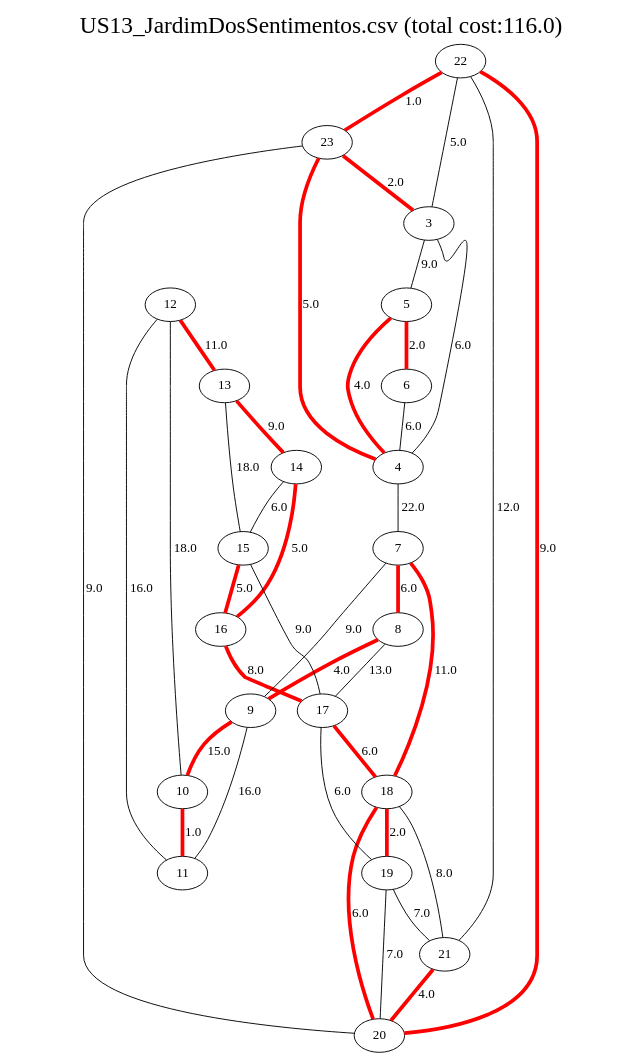
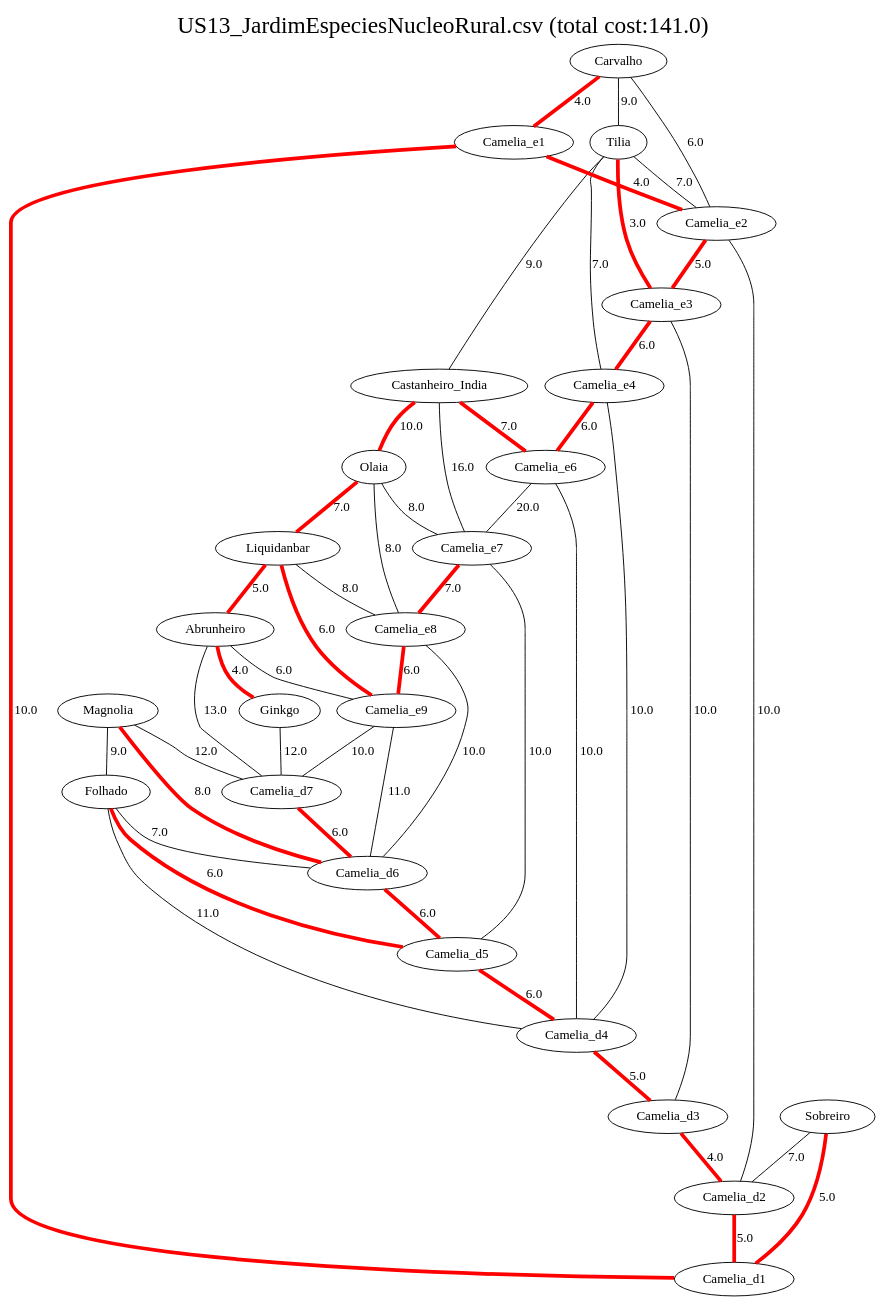
Before and after one commit to Rui-San/LAPR2_2023_2024: the diagram in MATDISC_graph_images/graph.dot, drawn with Graphviz. The commit also changed 63 other files, not shown here.

```diff
--- a/MATDISC_graph_images/graph.dot
+++ b/MATDISC_graph_images/graph.dot
@@ -1,45 +1,56 @@
 graph {
 labelloc="t";
-label="US13_JardimDosSentimentos.csv (total cost:116.0)";
+label="US13_JardimEspeciesNucleoRural.csv (total cost:141.0)";
 fontsize=25;
 fontweight=bold;
-    22 -- 23 [label="1.0", color="red", len=2, penwidth=4.0];
-    10 -- 11 [label="1.0", color="red", len=2, penwidth=4.0];
-    18 -- 19 [label="2.0", color="red", len=2, penwidth=4.0];
-    23 -- 3 [label="2.0", color="red", len=2, penwidth=4.0];
-    5 -- 6 [label="2.0", color="red", len=2, penwidth=4.0];
-    21 -- 20 [label="4.0", color="red", len=2, penwidth=4.0];
-    4 -- 5 [label="4.0", color="red", len=2, penwidth=4.0];
-    8 -- 9 [label="4.0", color="red", len=2, penwidth=4.0];
-    14 -- 16 [label="5.0", color="red", len=2, penwidth=4.0];
-    15 -- 16 [label="5.0", color="red", len=2, penwidth=4.0];
-    22 -- 3 [label="5.0", color="black", len=2, penwidth=1.0];
-    23 -- 4 [label="5.0", color="red", len=2, penwidth=4.0];
-    14 -- 15 [label="6.0", color="black", len=2, penwidth=1.0];
-    17 -- 18 [label="6.0", color="red", len=2, penwidth=4.0];
-    17 -- 19 [label="6.0", color="black", len=2, penwidth=1.0];
-    18 -- 20 [label="6.0", color="red", len=2, penwidth=4.0];
-    3 -- 4 [label="6.0", color="black", len=2, penwidth=1.0];
-    6 -- 4 [label="6.0", color="black", len=2, penwidth=1.0];
-    7 -- 8 [label="6.0", color="red", len=2, penwidth=4.0];
-    19 -- 20 [label="7.0", color="black", len=2, penwidth=1.0];
-    19 -- 21 [label="7.0", color="black", len=2, penwidth=1.0];
-    16 -- 17 [label="8.0", color="red", len=2, penwidth=4.0];
-    18 -- 21 [label="8.0", color="black", len=2, penwidth=1.0];
-    13 -- 14 [label="9.0", color="red", len=2, penwidth=4.0];
-    15 -- 17 [label="9.0", color="black", len=2, penwidth=1.0];
-    20 -- 22 [label="9.0", color="red", len=2, penwidth=4.0];
-    20 -- 23 [label="9.0", color="black", len=2, penwidth=1.0];
-    3 -- 5 [label="9.0", color="black", len=2, penwidth=1.0];
-    7 -- 9 [label="9.0", color="black", len=2, penwidth=1.0];
-    12 -- 13 [label="11.0", color="red", len=2, penwidth=4.0];
-    7 -- 18 [label="11.0", color="red", len=2, penwidth=4.0];
-    21 -- 22 [label="12.0", color="black", len=2, penwidth=1.0];
-    8 -- 17 [label="13.0", color="black", len=2, penwidth=1.0];
-    9 -- 10 [label="15.0", color="red", len=2, penwidth=4.0];
-    12 -- 11 [label="16.0", color="black", len=2, penwidth=1.0];
-    9 -- 11 [label="16.0", color="black", len=2, penwidth=1.0];
-    12 -- 10 [label="18.0", color="black", len=2, penwidth=1.0];
-    13 -- 15 [label="18.0", color="black", len=2, penwidth=1.0];
-    4 -- 7 [label="22.0", color="black", len=2, penwidth=1.0];
+    Tilia -- Camelia_e3 [label="3.0", color="red", len=2, penwidth=4.0];
+    Carvalho -- Camelia_e1 [label="4.0", color="red", len=2, penwidth=4.0];
+    Abrunheiro -- Ginkgo [label="4.0", color="red", len=2, penwidth=4.0];
+    Camelia_e1 -- Camelia_e2 [label="4.0", color="red", len=2, penwidth=4.0];
+    Camelia_d3 -- Camelia_d2 [label="4.0", color="red", len=2, penwidth=4.0];
+    Liquidanbar -- Abrunheiro [label="5.0", color="red", len=2, penwidth=4.0];
+    Sobreiro -- Camelia_d1 [label="5.0", color="red", len=2, penwidth=4.0];
+    Camelia_e2 -- Camelia_e3 [label="5.0", color="red", len=2, penwidth=4.0];
+    Camelia_d4 -- Camelia_d3 [label="5.0", color="red", len=2, penwidth=4.0];
+    Camelia_d2 -- Camelia_d1 [label="5.0", color="red", len=2, penwidth=4.0];
+    Carvalho -- Camelia_e2 [label="6.0", color="black", len=2, penwidth=1.0];
+    Liquidanbar -- Camelia_e9 [label="6.0", color="red", len=2, penwidth=4.0];
+    Abrunheiro -- Camelia_e9 [label="6.0", color="black", len=2, penwidth=1.0];
+    Folhado -- Camelia_d5 [label="6.0", color="red", len=2, penwidth=4.0];
+    Camelia_e3 -- Camelia_e4 [label="6.0", color="red", len=2, penwidth=4.0];
+    Camelia_e4 -- Camelia_e6 [label="6.0", color="red", len=2, penwidth=4.0];
+    Camelia_e8 -- Camelia_e9 [label="6.0", color="red", len=2, penwidth=4.0];
+    Camelia_d7 -- Camelia_d6 [label="6.0", color="red", len=2, penwidth=4.0];
+    Camelia_d6 -- Camelia_d5 [label="6.0", color="red", len=2, penwidth=4.0];
+    Camelia_d5 -- Camelia_d4 [label="6.0", color="red", len=2, penwidth=4.0];
+    Tilia -- Camelia_e2 [label="7.0", color="black", len=2, penwidth=1.0];
+    Tilia -- Camelia_e4 [label="7.0", color="black", len=2, penwidth=1.0];
+    Castanheiro_India -- Camelia_e6 [label="7.0", color="red", len=2, penwidth=4.0];
+    Olaia -- Liquidanbar [label="7.0", color="red", len=2, penwidth=4.0];
+    Folhado -- Camelia_d6 [label="7.0", color="black", len=2, penwidth=1.0];
+    Sobreiro -- Camelia_d2 [label="7.0", color="black", len=2, penwidth=1.0];
+    Camelia_e7 -- Camelia_e8 [label="7.0", color="red", len=2, penwidth=4.0];
+    Olaia -- Camelia_e7 [label="8.0", color="black", len=2, penwidth=1.0];
+    Olaia -- Camelia_e8 [label="8.0", color="black", len=2, penwidth=1.0];
+    Liquidanbar -- Camelia_e8 [label="8.0", color="black", len=2, penwidth=1.0];
+    Magnolia -- Camelia_d6 [label="8.0", color="red", len=2, penwidth=4.0];
+    Carvalho -- Tilia [label="9.0", color="black", len=2, penwidth=1.0];
+    Tilia -- Castanheiro_India [label="9.0", color="black", len=2, penwidth=1.0];
+    Magnolia -- Folhado [label="9.0", color="black", len=2, penwidth=1.0];
+    Castanheiro_India -- Olaia [label="10.0", color="red", len=2, penwidth=4.0];
+    Camelia_e1 -- Camelia_d1 [label="10.0", color="red", len=2, penwidth=4.0];
+    Camelia_e2 -- Camelia_d2 [label="10.0", color="black", len=2, penwidth=1.0];
+    Camelia_e3 -- Camelia_d3 [label="10.0", color="black", len=2, penwidth=1.0];
+    Camelia_e4 -- Camelia_d4 [label="10.0", color="black", len=2, penwidth=1.0];
+    Camelia_e6 -- Camelia_d4 [label="10.0", color="black", len=2, penwidth=1.0];
+    Camelia_e7 -- Camelia_d5 [label="10.0", color="black", len=2, penwidth=1.0];
+    Camelia_e8 -- Camelia_d6 [label="10.0", color="black", len=2, penwidth=1.0];
+    Camelia_e9 -- Camelia_d7 [label="10.0", color="black", len=2, penwidth=1.0];
+    Folhado -- Camelia_d4 [label="11.0", color="black", len=2, penwidth=1.0];
+    Camelia_e9 -- Camelia_d6 [label="11.0", color="black", len=2, penwidth=1.0];
+    Ginkgo -- Camelia_d7 [label="12.0", color="black", len=2, penwidth=1.0];
+    Magnolia -- Camelia_d7 [label="12.0", color="black", len=2, penwidth=1.0];
+    Abrunheiro -- Camelia_d7 [label="13.0", color="black", len=2, penwidth=1.0];
+    Castanheiro_India -- Camelia_e7 [label="16.0", color="black", len=2, penwidth=1.0];
+    Camelia_e6 -- Camelia_e7 [label="20.0", color="black", len=2, penwidth=1.0];
 }
```
